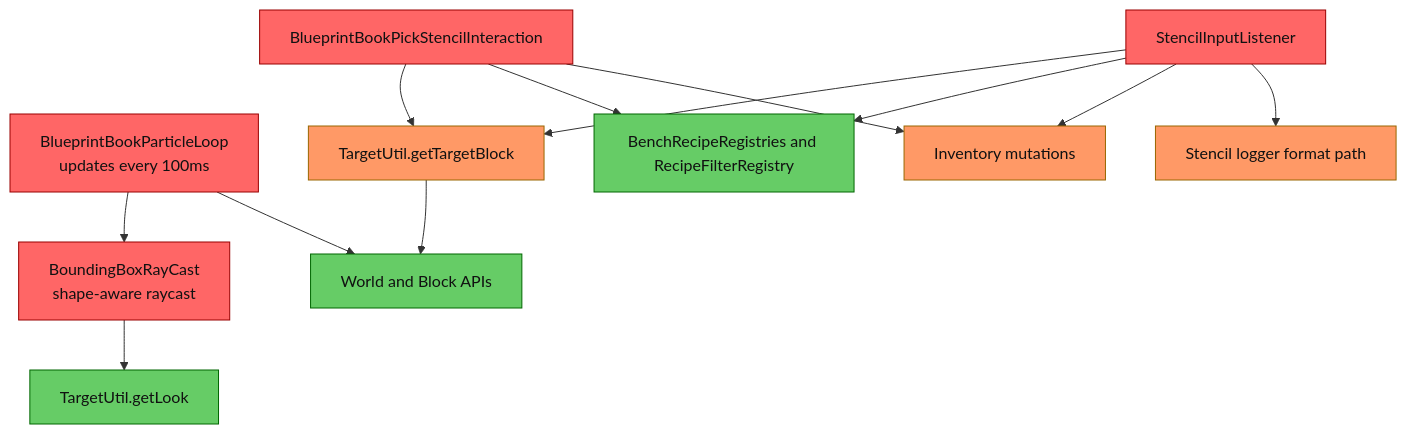
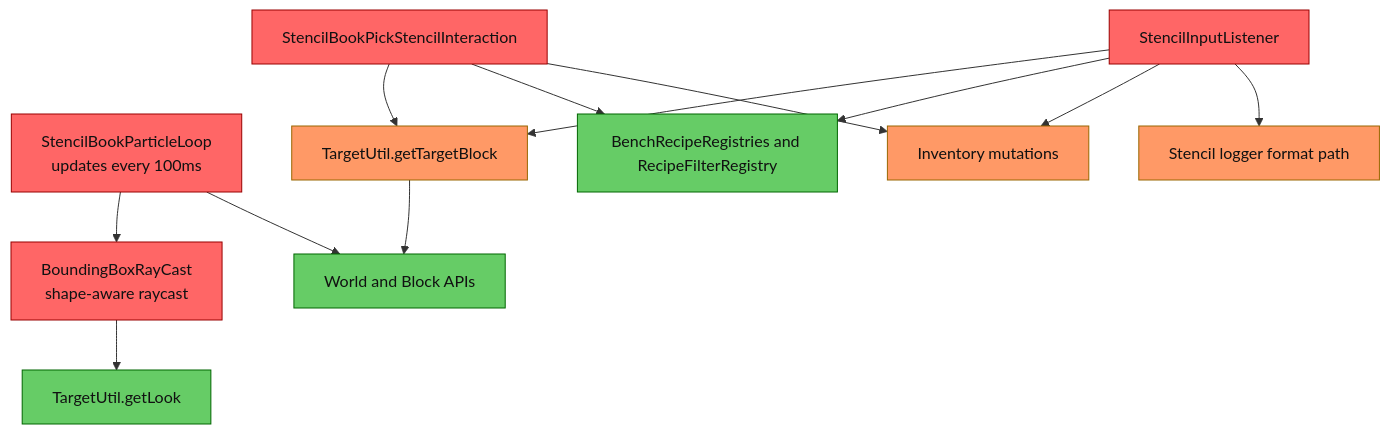
The first of 2 diagrams in docs/review-decompile-compile-fix-vector-api-risk.md (TheCodeCreature/Hytale-Example-Plugin), drawn with Mermaid before and after one commit. The commit also changed other lines of this file and 289 other files, not shown here.

````diff
--- a/docs/review-decompile-compile-fix-vector-api-risk.md
+++ b/docs/review-decompile-compile-fix-vector-api-risk.md
@@ -7,33 +7,33 @@
 ```mermaid
 graph TB
-  PLoop[BlueprintBookParticleLoop\nupdates every 100ms]
+  PLoop[StencilBookParticleLoop\nupdates every 100ms]
   BRay[BoundingBoxRayCast\nshape-aware raycast]
   TLook[TargetUtil.getLook]
-  Pick[BlueprintBookPickStencilInteraction]
+  Pick[StencilBookPickStencilInteraction]
   SIn[StencilInputListener]
   TBlock[TargetUtil.getTargetBlock]
   WApi[World and Block APIs]
   Rec[BenchRecipeRegistries and RecipeFilterRegistry]
   Inv[Inventory mutations]
   Log[Stencil logger format path]
 
   PLoop --> BRay
   BRay --> TLook
   Pick --> TBlock
   SIn --> TBlock
   TBlock --> WApi
   PLoop --> WApi
   Pick --> Rec
   SIn --> Rec
   Pick --> Inv
   SIn --> Inv
   SIn --> Log
 
   classDef red fill:#f66,stroke:#900,color:#111;
   classDef orange fill:#f96,stroke:#960,color:#111;
   classDef green fill:#6c6,stroke:#060,color:#111;
 
   class PLoop,BRay,Pick,SIn red;
   class TBlock,Inv,Log orange;
   class TLook,WApi,Rec green;
 ```
````
